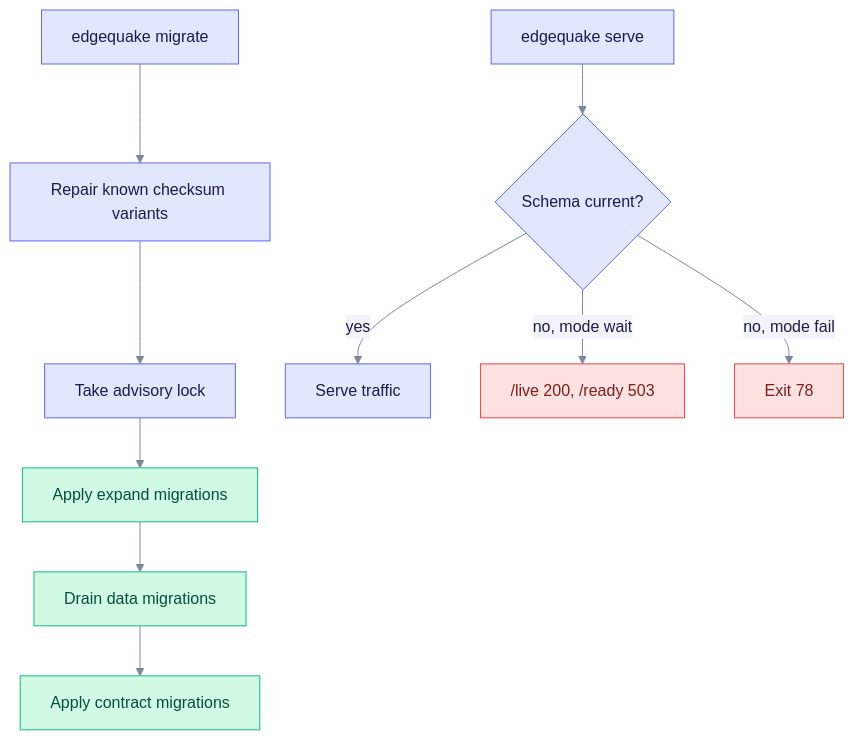
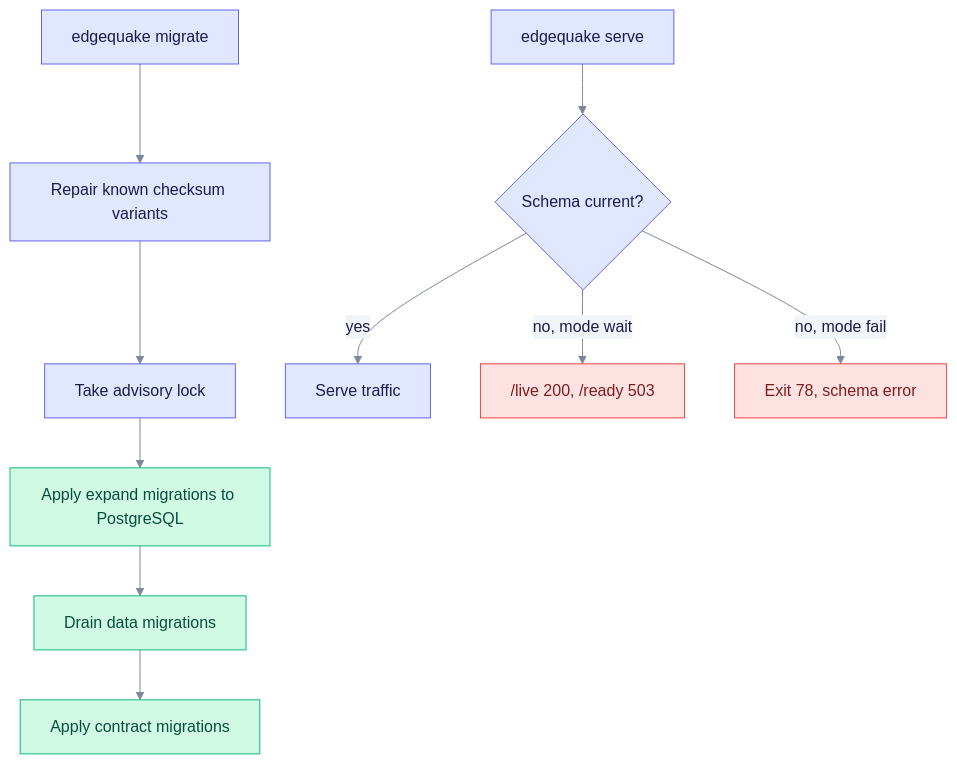
One commit to raphaelmansuy/edgequake changed the sixth of 6 diagrams in docs/data-layer/postgres.md. Above: the diagram before and after it, drawn with Mermaid. The commit also changed other lines of this file and 194 other files, not shown here.

First line of the commit message:
Refresh docs against code and rebuild schema E/R as progressive steps

````diff
--- a/docs/data-layer/postgres.md
+++ b/docs/data-layer/postgres.md
@@ -184,19 +225,19 @@
 ```mermaid
 %%{init: {"theme":"base","themeVariables":{"primaryColor":"#E0E7FF","primaryBorderColor":"#6366F1","primaryTextColor":"#1E1B4B","secondaryColor":"#D1FAE5","secondaryBorderColor":"#10B981","secondaryTextColor":"#064E3B","tertiaryColor":"#FEF3C7","tertiaryBorderColor":"#F59E0B","tertiaryTextColor":"#6B7A90","lineColor":"#7A889C","clusterBkg":"rgba(99,102,241,0.07)","clusterBorder":"#A5B4FC","noteBkgColor":"#FEF9C3","noteTextColor":"#422006","textColor":"#6B7A90","titleColor":"#6B7A90","signalColor":"#7A889C","signalTextColor":"#6B7A90","loopTextColor":"#6B7A90","edgeLabelBackground":"#F1F5F9","actorLineColor":"#94A3B8"}}}%%
 %% eq-theme:v1
 flowchart TD
     M["edgequake migrate"] --> M1["Repair known checksum variants"]
     M1 --> M2["Take advisory lock"]
-    M2 --> M3["Apply expand migrations"]
+    M2 --> M3["Apply expand migrations to PostgreSQL"]
     M3 --> M4["Drain data migrations"]
     M4 --> M5["Apply contract migrations"]
     S["edgequake serve"] --> S1{"Schema current?"}
     S1 -->|"yes"| S2["Serve traffic"]
     S1 -->|"no, mode wait"| S3["/live 200, /ready 503"]
-    S1 -->|"no, mode fail"| S4["Exit 78"]
+    S1 -->|"no, mode fail"| S4["Exit 78, schema error"]
 %% eq-classes
 classDef eqStore fill:#D1FAE5,stroke:#10B981,color:#064E3B
 classDef eqBad fill:#FEE2E2,stroke:#EF4444,color:#7F1D1D
 class M3,M4,M5 eqStore
 class S3,S4 eqBad
 ```
````
